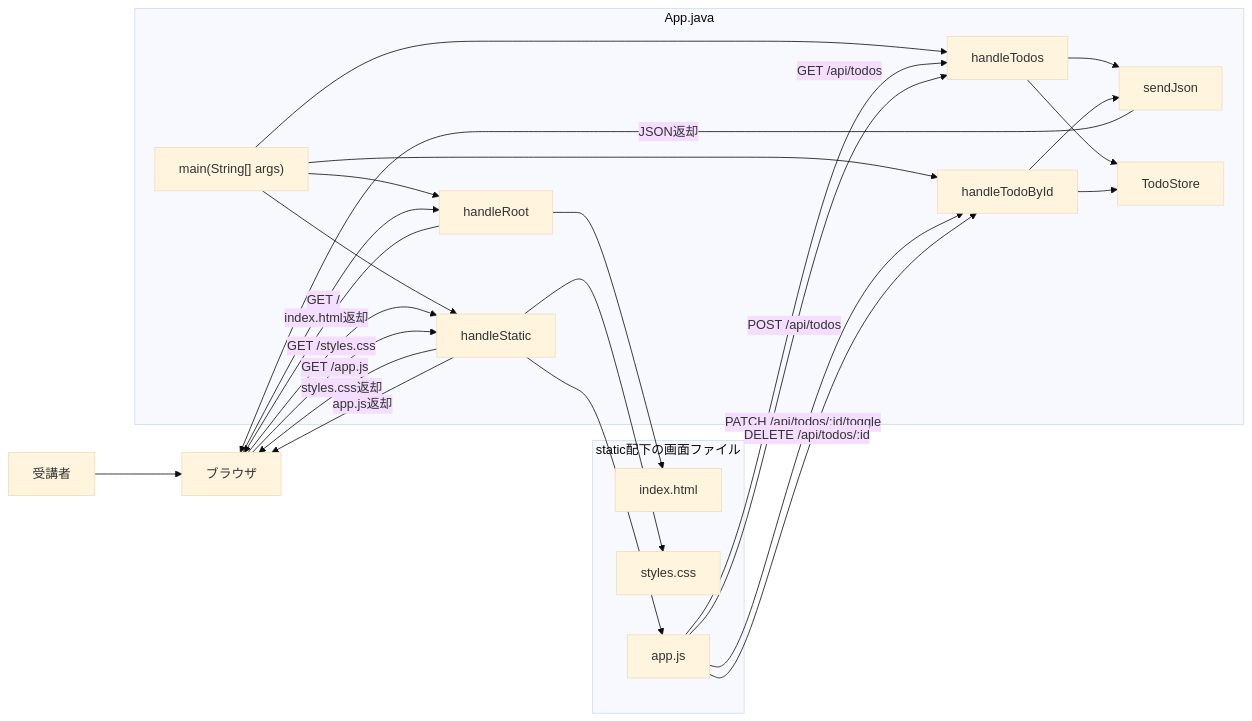
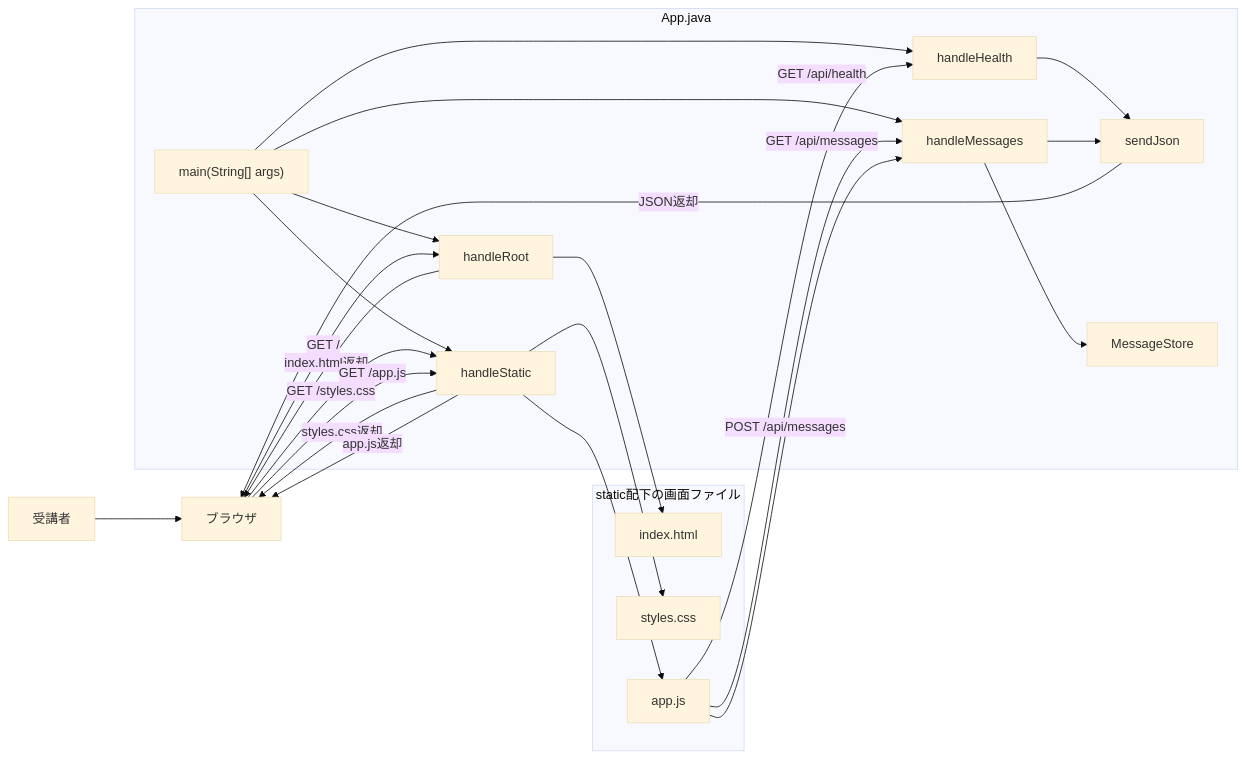
Before and after one commit to kiyomiya38/order-management-springboot: the first of 3 diagrams in docs/curriculum/web-app(簡易版)/lesson2.md, drawn with Mermaid (base theme). The commit also changed other lines of this file and 32 other files, not shown here.

````diff
--- a/docs/curriculum/web-app(簡易版)/lesson2.md
+++ b/docs/curriculum/web-app(簡易版)/lesson2.md
@@ -23,48 +62,46 @@
 ```mermaid
 flowchart LR
   U[受講者] --> B[ブラウザ]
 
   subgraph ST[static配下の画面ファイル]
     IDX[index.html]
     CSS[styles.css]
     JS[app.js]
   end
 
   subgraph AP[App.java]
     MAIN["main(String[] args)"]
     ROOT[handleRoot]
     HSTATIC[handleStatic]
-    TODOS[handleTodos]
-    TODOID[handleTodoById]
+    HEALTH[handleHealth]
+    MESSAGES[handleMessages]
     SJ[sendJson]
-    STORE[TodoStore]
+    STORE[MessageStore]
   end
 
   MAIN --> ROOT
   MAIN --> HSTATIC
-  MAIN --> TODOS
-  MAIN --> TODOID
+  MAIN --> HEALTH
+  MAIN --> MESSAGES
 
   B -->|GET /| ROOT
   ROOT -->|index.html返却| B
   ROOT --> IDX
 
   B -->|GET /styles.css| HSTATIC
   HSTATIC -->|styles.css返却| B
   HSTATIC --> CSS
 
   B -->|GET /app.js| HSTATIC
   HSTATIC -->|app.js返却| B
   HSTATIC --> JS
 
-  JS -->|GET /api/todos| TODOS
-  JS -->|POST /api/todos| TODOS
-  JS -->|PATCH /api/todos/:id/toggle| TODOID
-  JS -->|DELETE /api/todos/:id| TODOID
+  JS -->|GET /api/health| HEALTH
+  JS -->|GET /api/messages| MESSAGES
+  JS -->|POST /api/messages| MESSAGES
 
-  TODOS --> STORE
-  TODOID --> STORE
-  TODOS --> SJ
-  TODOID --> SJ
+  MESSAGES --> STORE
+  HEALTH --> SJ
+  MESSAGES --> SJ
   SJ -->|JSON返却| B
 ```
````
